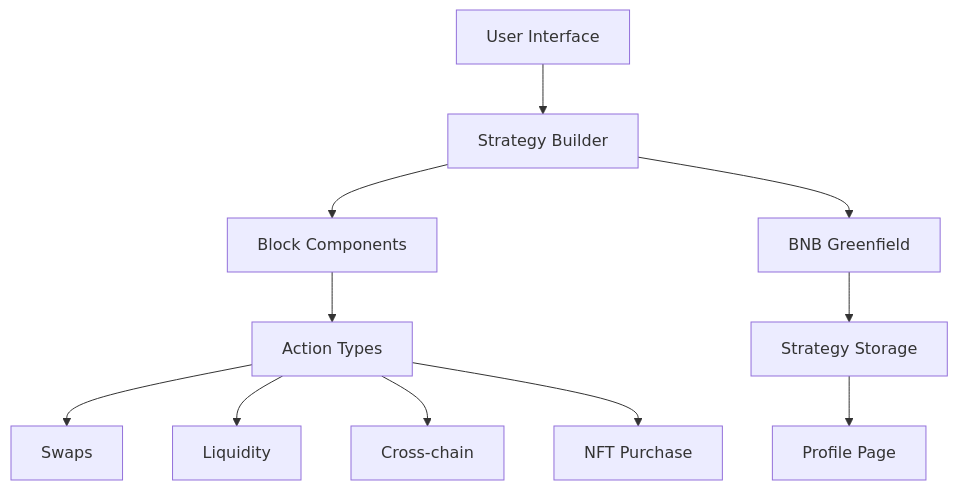
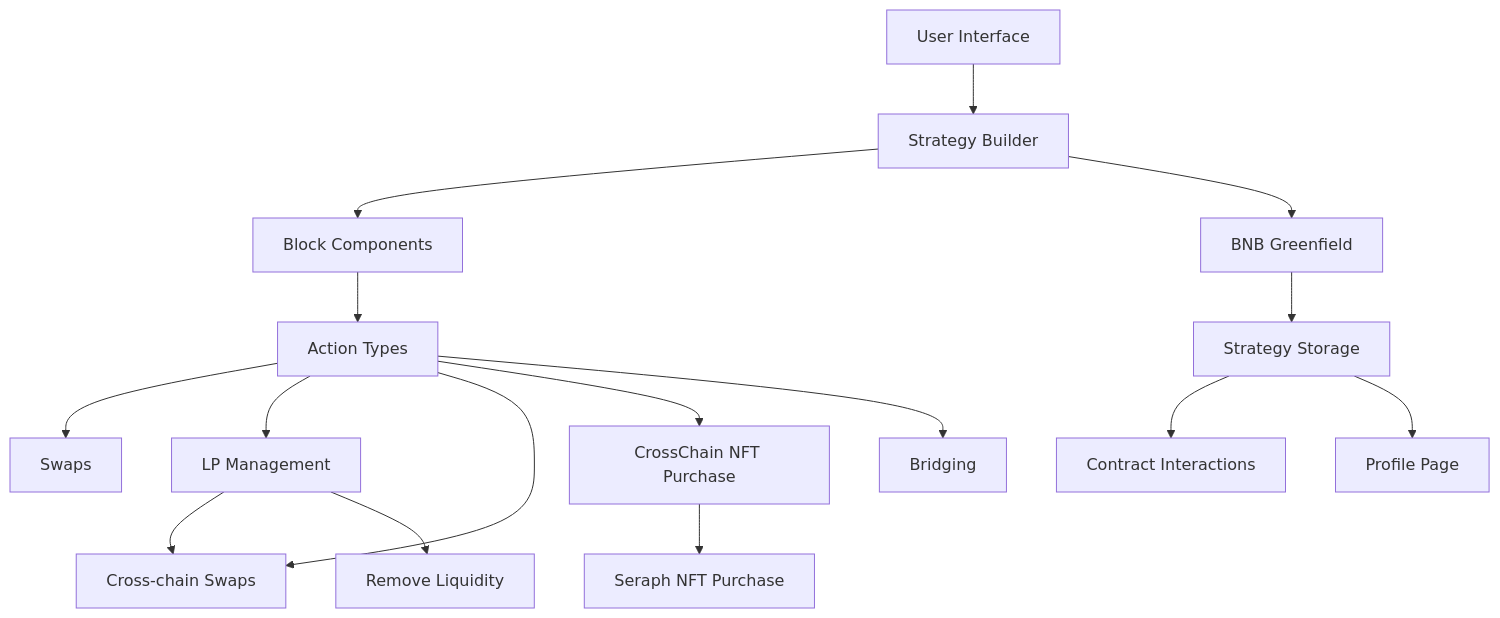
Before and after one commit to kamalbuilds/BNB-Trading-Aggregator: the diagram in README.md, drawn with Mermaid.

Commit message:
fix architecture

````diff
--- a/README.md
+++ b/README.md
@@ -61,13 +61,18 @@
 ```mermaid
 graph TD
 A[User Interface] --> B[Strategy Builder]
 B --> C[Block Components]
 C --> D[Action Types]
 D --> E1[Swaps]
-D --> E2[Liquidity]
-D --> E3[Cross-chain]
-D --> E4[NFT Purchase]
+D --> E2[LP Management]
+E2 --> E3[Add Liquidity]
+E2 --> E4[Remove Liquidity]
+D --> E3[Cross-chain Swaps]
+D --> E5[CrossChain NFT Purchase]
+D --> E6[Bridging]
+E5 --> E7[Seraph NFT Purchase]
 B --> F[BNB Greenfield]
 F --> G[Strategy Storage]
-G --> H[Profile Page]
+G --> H[Contract Interactions]
+G --> I[Profile Page]
 ```
````
